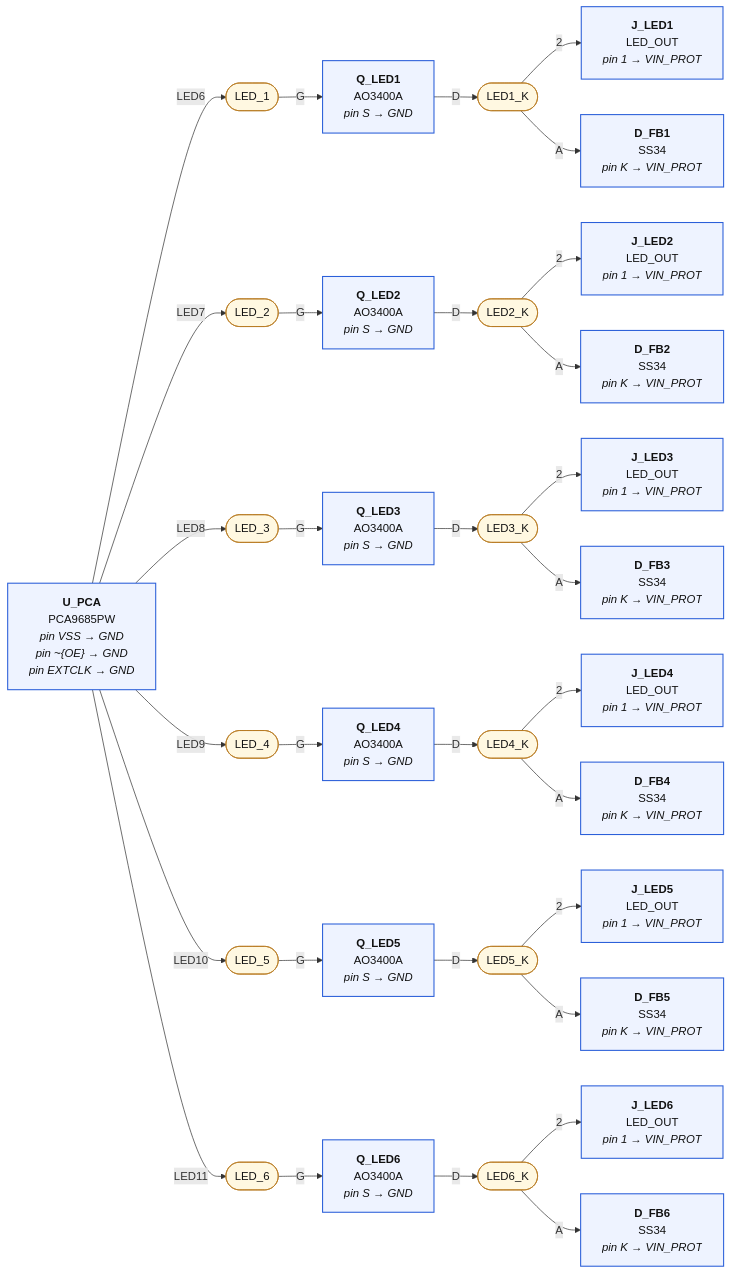
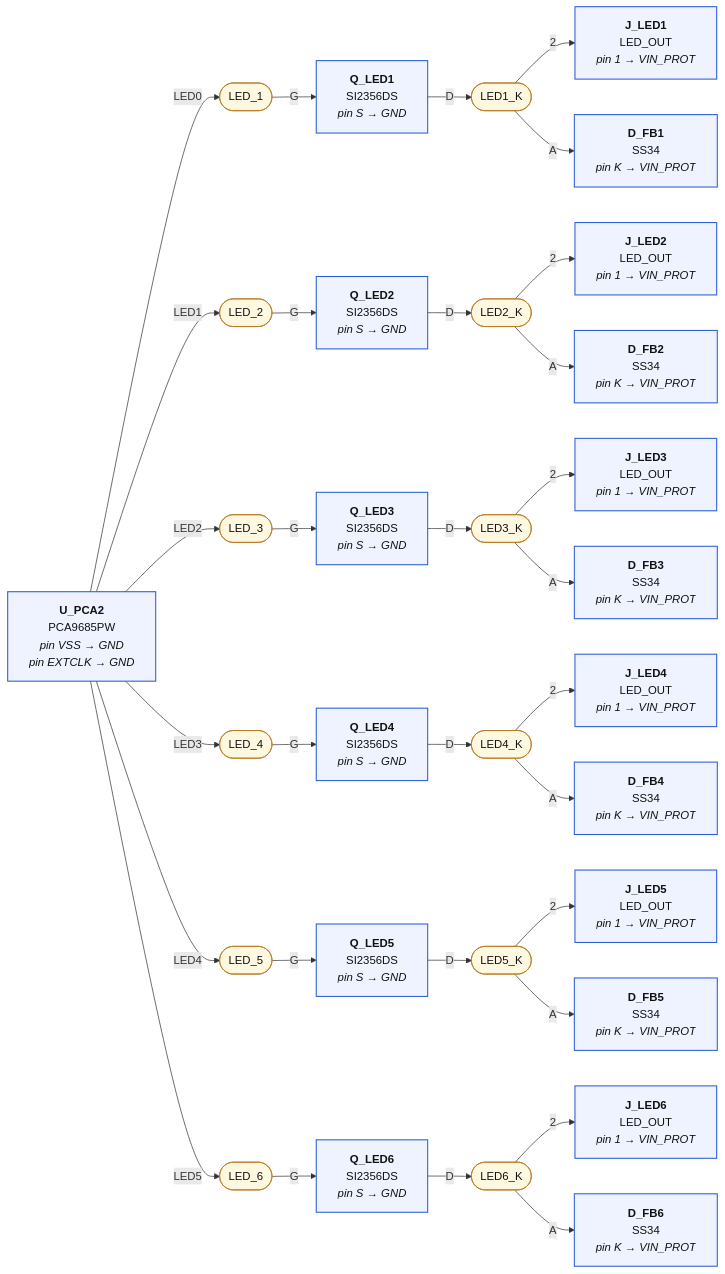
Before and after one commit to mrwillson2u/propmesh: the fourth of 5 diagrams in hardware/pro/sheets/03-outputs.diagram.md, drawn with Mermaid. The commit also changed other lines of this file and 59 other files, not shown here.

````diff
--- a/hardware/pro/sheets/03-outputs.diagram.md
+++ b/hardware/pro/sheets/03-outputs.diagram.md
@@ -163,71 +227,71 @@
 ```mermaid
 graph LR
   classDef part fill:#eef3ff,stroke:#2b5fd9,stroke-width:1.5px,color:#111
   classDef net fill:#fff8e1,stroke:#b7791f,color:#111
   classDef rail fill:#ffe0b2,stroke:#e65100,stroke-width:3px,color:#111,font-weight:bold
   classDef badnet fill:#ffe0e0,stroke:#c00,stroke-width:3px,color:#111,font-weight:bold
   classDef absent fill:#fff,stroke:#c00,stroke-width:2px,stroke-dasharray:6 4,color:#c00
   classDef extra fill:#ffecec,stroke:#c00,stroke-width:2px,color:#111
   classDef dnp fill:#f5f5f5,stroke:#999,stroke-dasharray:3 3,color:#666
   N_LED_1(["LED_1"]):::net
-  P_U_PCA["<b>U_PCA</b><br/>PCA9685PW<br/><i>pin VSS → GND</i><br/><i>pin ~{OE} → GND</i><br/><i>pin EXTCLK → GND</i>"]:::part
-  P_U_PCA --"LED6"--> N_LED_1
-  P_Q_LED1["<b>Q_LED1</b><br/>AO3400A<br/><i>pin S → GND</i>"]:::part
+  P_U_PCA2["<b>U_PCA2</b><br/>PCA9685PW<br/><i>pin VSS → GND</i><br/><i>pin EXTCLK → GND</i>"]:::part
+  P_U_PCA2 --"LED0"--> N_LED_1
+  P_Q_LED1["<b>Q_LED1</b><br/>SI2356DS<br/><i>pin S → GND</i>"]:::part
   N_LED_1 --"G"--> P_Q_LED1
   N_LED1_K(["LED1_K"]):::net
   P_Q_LED1 --"D"--> N_LED1_K
   P_J_LED1["<b>J_LED1</b><br/>LED_OUT<br/><i>pin 1 → VIN_PROT</i>"]:::part
   N_LED1_K --"2"--> P_J_LED1
   P_D_FB1["<b>D_FB1</b><br/>SS34<br/><i>pin K → VIN_PROT</i>"]:::part
   N_LED1_K --"A"--> P_D_FB1
   N_LED_2(["LED_2"]):::net
-  P_U_PCA --"LED7"--> N_LED_2
-  P_Q_LED2["<b>Q_LED2</b><br/>AO3400A<br/><i>pin S → GND</i>"]:::part
+  P_U_PCA2 --"LED1"--> N_LED_2
+  P_Q_LED2["<b>Q_LED2</b><br/>SI2356DS<br/><i>pin S → GND</i>"]:::part
   N_LED_2 --"G"--> P_Q_LED2
   N_LED2_K(["LED2_K"]):::net
   P_Q_LED2 --"D"--> N_LED2_K
   P_J_LED2["<b>J_LED2</b><br/>LED_OUT<br/><i>pin 1 → VIN_PROT</i>"]:::part
   N_LED2_K --"2"--> P_J_LED2
   P_D_FB2["<b>D_FB2</b><br/>SS34<br/><i>pin K → VIN_PROT</i>"]:::part
   N_LED2_K --"A"--> P_D_FB2
   N_LED_3(["LED_3"]):::net
-  P_U_PCA --"LED8"--> N_LED_3
-  P_Q_LED3["<b>Q_LED3</b><br/>AO3400A<br/><i>pin S → GND</i>"]:::part
+  P_U_PCA2 --"LED2"--> N_LED_3
+  P_Q_LED3["<b>Q_LED3</b><br/>SI2356DS<br/><i>pin S → GND</i>"]:::part
   N_LED_3 --"G"--> P_Q_LED3
   N_LED3_K(["LED3_K"]):::net
   P_Q_LED3 --"D"--> N_LED3_K
   P_J_LED3["<b>J_LED3</b><br/>LED_OUT<br/><i>pin 1 → VIN_PROT</i>"]:::part
   N_LED3_K --"2"--> P_J_LED3
   P_D_FB3["<b>D_FB3</b><br/>SS34<br/><i>pin K → VIN_PROT</i>"]:::part
   N_LED3_K --"A"--> P_D_FB3
   N_LED_4(["LED_4"]):::net
-  P_U_PCA --"LED9"--> N_LED_4
-  P_Q_LED4["<b>Q_LED4</b><br/>AO3400A<br/><i>pin S → GND</i>"]:::part
+  P_U_PCA2 --"LED3"--> N_LED_4
+  P_Q_LED4["<b>Q_LED4</b><br/>SI2356DS<br/><i>pin S → GND</i>"]:::part
   N_LED_4 --"G"--> P_Q_LED4
   N_LED4_K(["LED4_K"]):::net
   P_Q_LED4 --"D"--> N_LED4_K
   P_J_LED4["<b>J_LED4</b><br/>LED_OUT<br/><i>pin 1 → VIN_PROT</i>"]:::part
   N_LED4_K --"2"--> P_J_LED4
   P_D_FB4["<b>D_FB4</b><br/>SS34<br/><i>pin K → VIN_PROT</i>"]:::part
   N_LED4_K --"A"--> P_D_FB4
   N_LED_5(["LED_5"]):::net
-  P_U_PCA --"LED10"--> N_LED_5
-  P_Q_LED5["<b>Q_LED5</b><br/>AO3400A<br/><i>pin S → GND</i>"]:::part
+  P_U_PCA2 --"LED4"--> N_LED_5
+  P_Q_LED5["<b>Q_LED5</b><br/>SI2356DS<br/><i>pin S → GND</i>"]:::part
   N_LED_5 --"G"--> P_Q_LED5
   N_LED5_K(["LED5_K"]):::net
   P_Q_LED5 --"D"--> N_LED5_K
   P_J_LED5["<b>J_LED5</b><br/>LED_OUT<br/><i>pin 1 → VIN_PROT</i>"]:::part
   N_LED5_K --"2"--> P_J_LED5
   P_D_FB5["<b>D_FB5</b><br/>SS34<br/><i>pin K → VIN_PROT</i>"]:::part
   N_LED5_K --"A"--> P_D_FB5
   N_LED_6(["LED_6"]):::net
-  P_U_PCA --"LED11"--> N_LED_6
-  P_Q_LED6["<b>Q_LED6</b><br/>AO3400A<br/><i>pin S → GND</i>"]:::part
+  P_U_PCA2 --"LED5"--> N_LED_6
+  P_Q_LED6["<b>Q_LED6</b><br/>SI2356DS<br/><i>pin S → GND</i>"]:::part
   N_LED_6 --"G"--> P_Q_LED6
   N_LED6_K(["LED6_K"]):::net
   P_Q_LED6 --"D"--> N_LED6_K
   P_J_LED6["<b>J_LED6</b><br/>LED_OUT<br/><i>pin 1 → VIN_PROT</i>"]:::part
   N_LED6_K --"2"--> P_J_LED6
   P_D_FB6["<b>D_FB6</b><br/>SS34<br/><i>pin K → VIN_PROT</i>"]:::part
   N_LED6_K --"A"--> P_D_FB6
 ```
````
